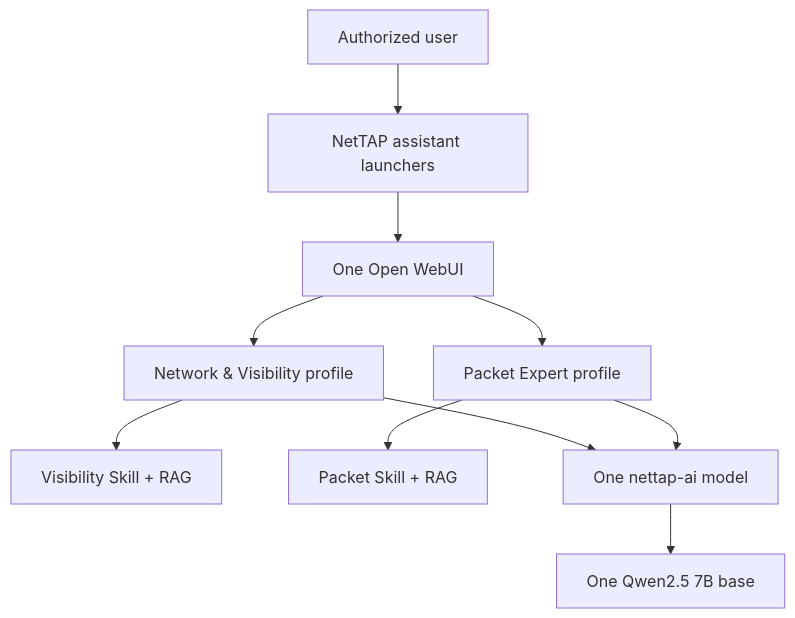
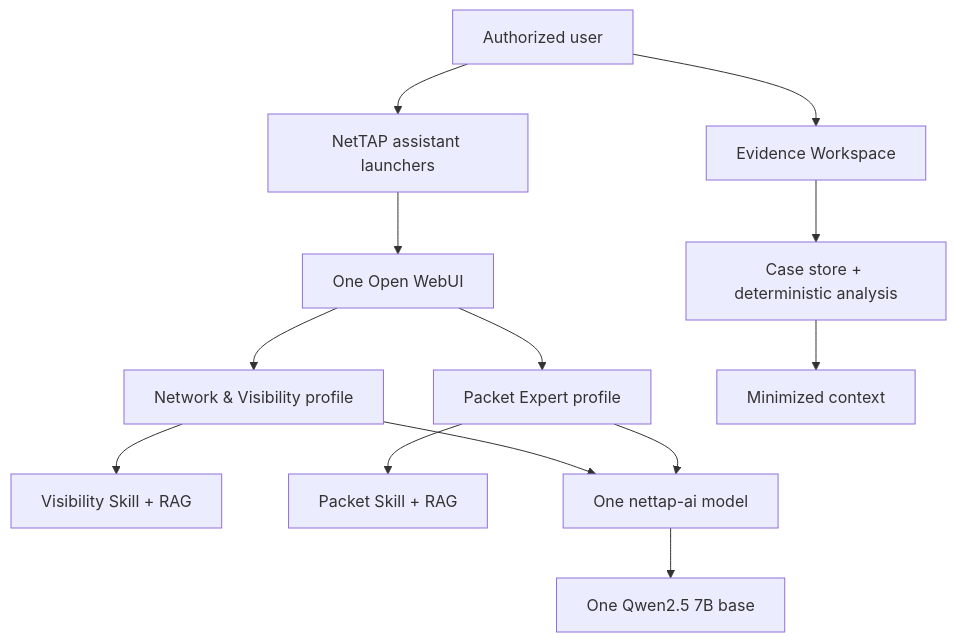
One commit to mpdwyer2367/nettap-packet-expert changed the diagram in docs/ARCHITECTURE.md. Above: the diagram before and after it, drawn with Mermaid. The commit also changed other lines of this file and 52 other files, not shown here.

Commit message:
feat: add local evidence and case analysis workspace

````diff
--- a/docs/ARCHITECTURE.md
+++ b/docs/ARCHITECTURE.md
@@ -7,12 +7,15 @@
 ```mermaid
 flowchart TB
     U["Authorized user"] --> L["NetTAP assistant launchers"]
     L --> W["One Open WebUI"]
     W --> V["Network & Visibility profile"]
     W --> P["Packet Expert profile"]
+    U --> E["Evidence Workspace"]
+    E --> C["Case store + deterministic analysis"]
+    C --> X["Minimized context"]
     V --> VS["Visibility Skill + RAG"]
     P --> PS["Packet Skill + RAG"]
     V --> N["One nettap-ai model"]
     P --> N
     N --> Q["One Qwen2.5 7B base"]
 ```
````
